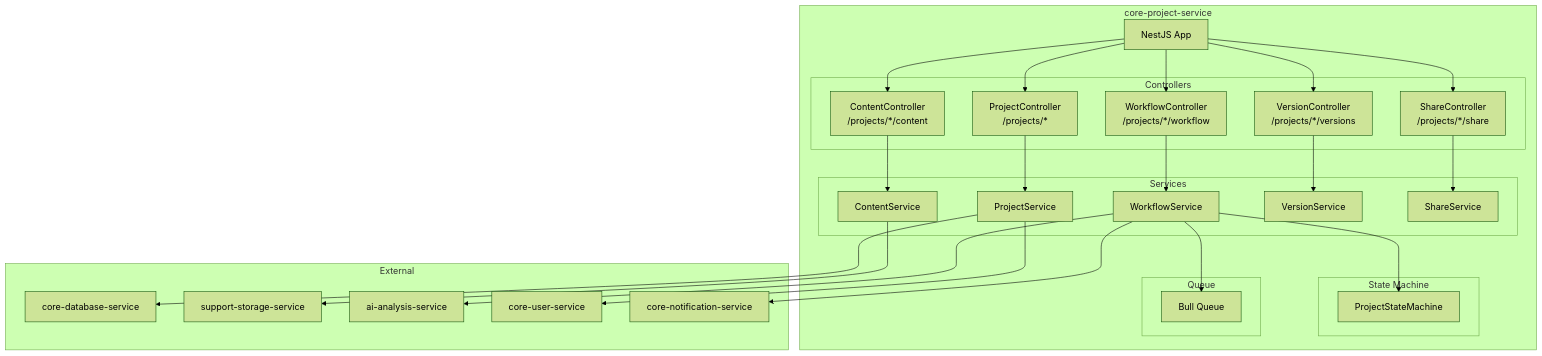
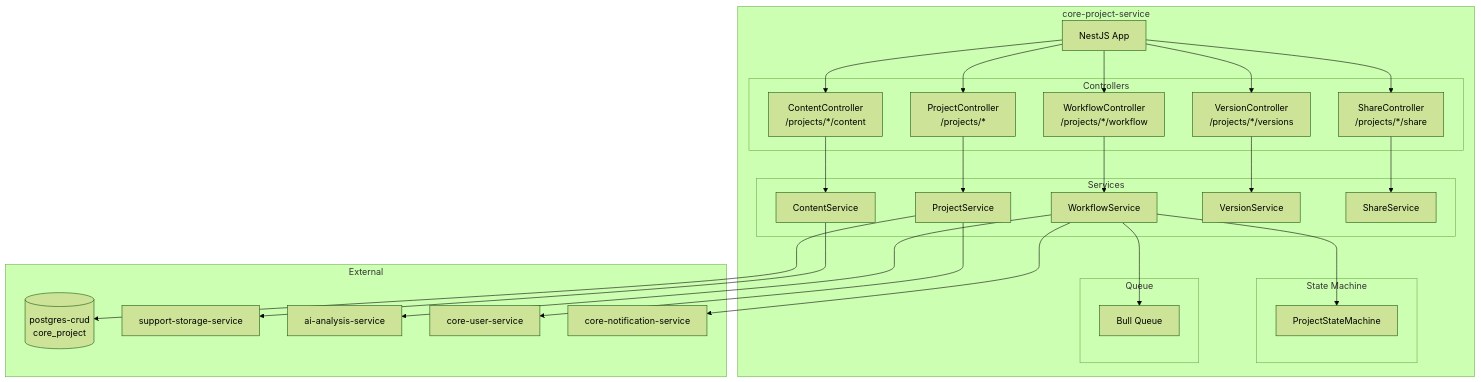
One commit to VisioBook-ESP/docs-architecture changed the first of 6 diagrams in microservices/core-project-service.md. Above: the diagram before and after it, drawn with Mermaid (forest theme). The commit also changed other lines of this file and 15 other files, not shown here.

````diff
--- a/microservices/core-project-service.md
+++ b/microservices/core-project-service.md
@@ -26,59 +26,59 @@
 ```mermaid
 graph TB
     subgraph "core-project-service"
         API[NestJS App]
 
         subgraph "Controllers"
             PROJECT[ProjectController<br/>/projects/*]
             WORKFLOW[WorkflowController<br/>/projects/*/workflow]
             CONTENT[ContentController<br/>/projects/*/content]
             VERSION[VersionController<br/>/projects/*/versions]
             SHARE[ShareController<br/>/projects/*/share]
         end
 
         subgraph "Services"
             PROJECT_SVC[ProjectService]
             WORKFLOW_SVC[WorkflowService]
             CONTENT_SVC[ContentService]
             VERSION_SVC[VersionService]
             SHARE_SVC[ShareService]
         end
 
         subgraph "State Machine"
             SM[ProjectStateMachine]
         end
 
         subgraph "Queue"
             BULL[Bull Queue]
         end
     end
 
     subgraph "External"
-        DB[core-database-service]
+        PG[(postgres-crud<br/>core_project)]
         STORAGE[support-storage-service]
         AI[ai-analysis-service]
         USER[core-user-service]
         NOTIF[core-notification-service]
     end
 
     API --> PROJECT
     API --> WORKFLOW
     API --> CONTENT
     API --> VERSION
     API --> SHARE
 
     PROJECT --> PROJECT_SVC
     WORKFLOW --> WORKFLOW_SVC
     CONTENT --> CONTENT_SVC
     VERSION --> VERSION_SVC
     SHARE --> SHARE_SVC
 
     WORKFLOW_SVC --> SM
     WORKFLOW_SVC --> BULL
 
-    PROJECT_SVC --> DB
+    PROJECT_SVC --> PG
     WORKFLOW_SVC --> AI
     CONTENT_SVC --> STORAGE
     PROJECT_SVC --> USER
     WORKFLOW_SVC --> NOTIF
 ```
````
